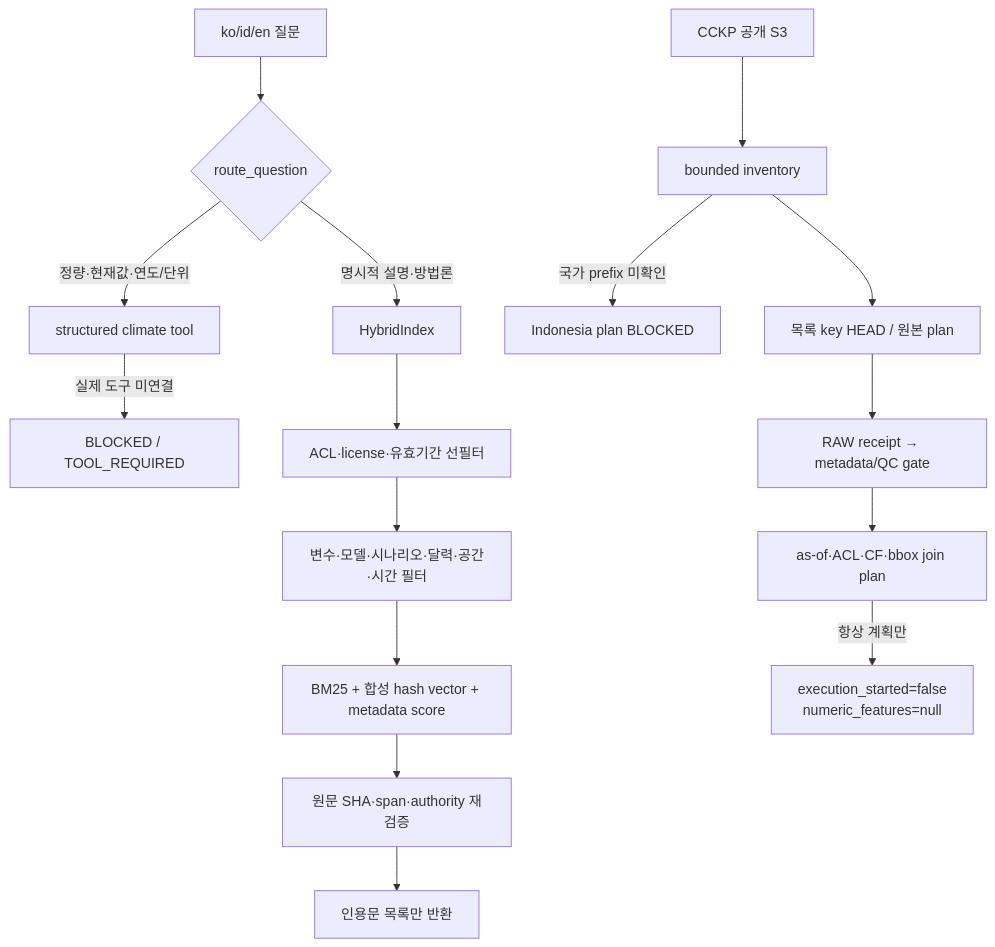
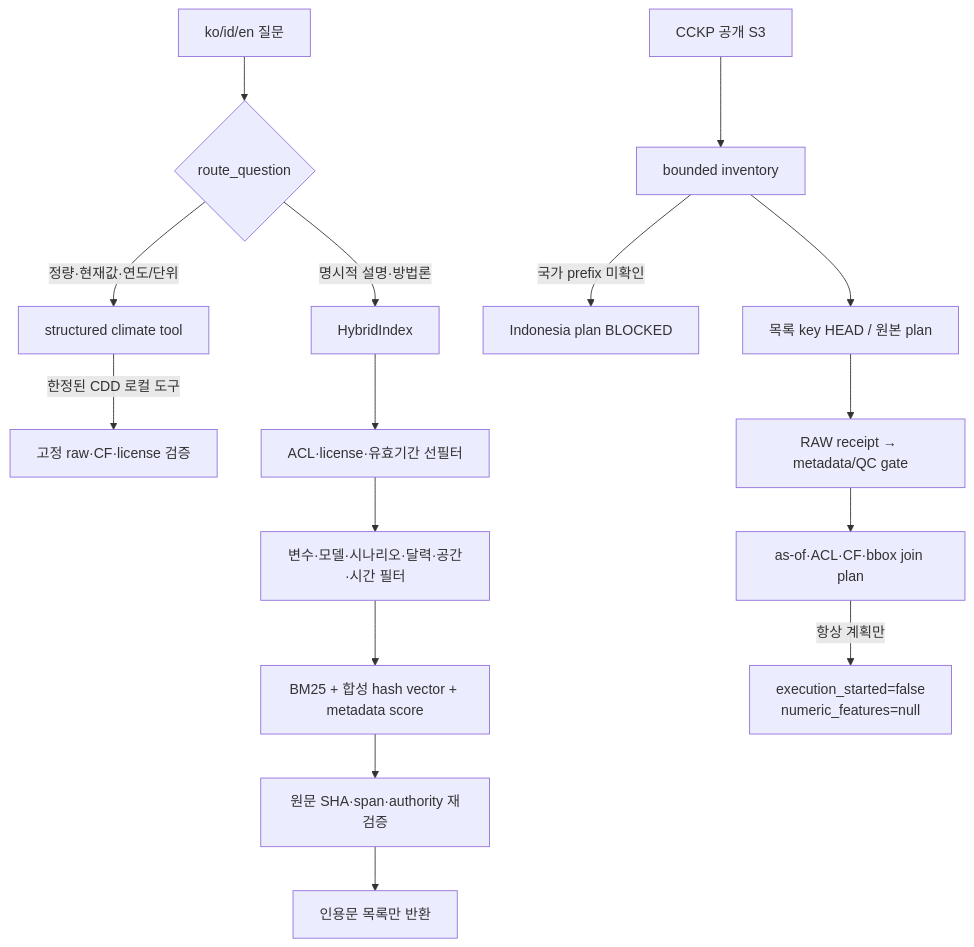
The diagram in docs/understanding/V42_CLIMATE_FOUNDATION_AND_RAG.md (juno6379-hue/SDSS-Platform2), drawn with Mermaid before and after one commit. The commit also changed other lines of this file and 405 other files, not shown here.

````diff
--- a/docs/understanding/V42_CLIMATE_FOUNDATION_AND_RAG.md
+++ b/docs/understanding/V42_CLIMATE_FOUNDATION_AND_RAG.md
@@ -50,18 +50,18 @@
 ```mermaid
 flowchart TD
   Q[ko/id/en 질문] --> R{route_question}
   R -->|정량·현재값·연도/단위| T[structured climate tool]
   R -->|명시적 설명·방법론| H[HybridIndex]
-  T -->|실제 도구 미연결| B[BLOCKED / TOOL_REQUIRED]
+  T -->|한정된 CDD 로컬 도구| B[고정 raw·CF·license 검증]
   H --> A[ACL·license·유효기간 선필터]
   A --> M[변수·모델·시나리오·달력·공간·시간 필터]
   M --> S[BM25 + 합성 hash vector + metadata score]
   S --> C[원문 SHA·span·authority 재검증]
   C --> O[인용문 목록만 반환]
   D[CCKP 공개 S3] --> I[bounded inventory]
   I -->|국가 prefix 미확인| X[Indonesia plan BLOCKED]
   I --> P[목록 key HEAD / 원본 plan]
   P --> L[RAW receipt → metadata/QC gate]
   L --> J[as-of·ACL·CF·bbox join plan]
   J -->|항상 계획만| N[execution_started=false\nnumeric_features=null]
 ```
````
